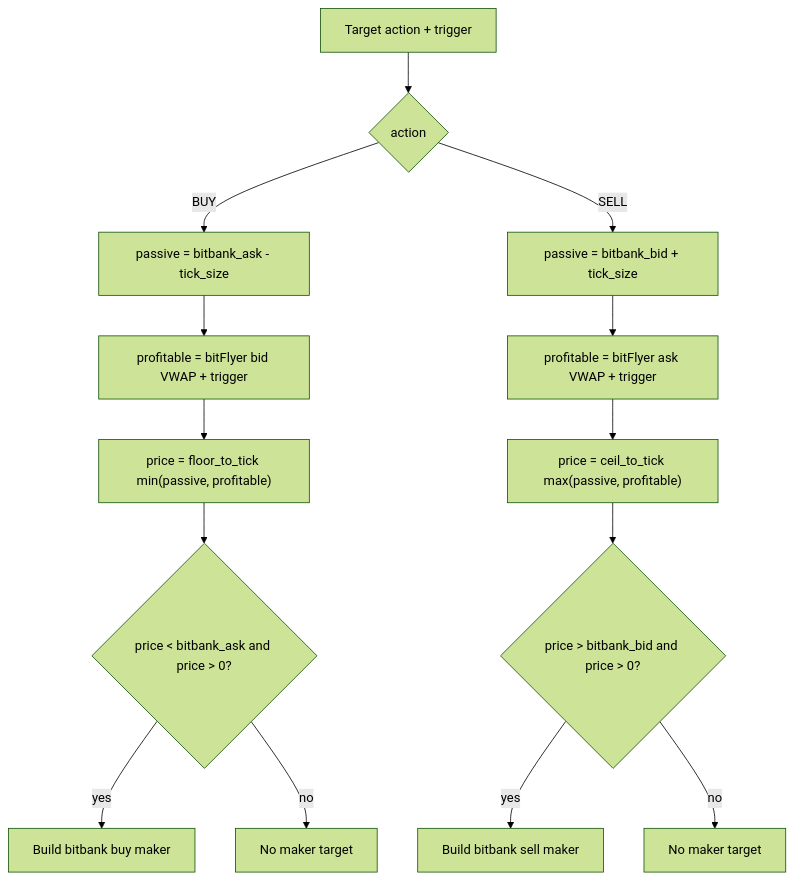
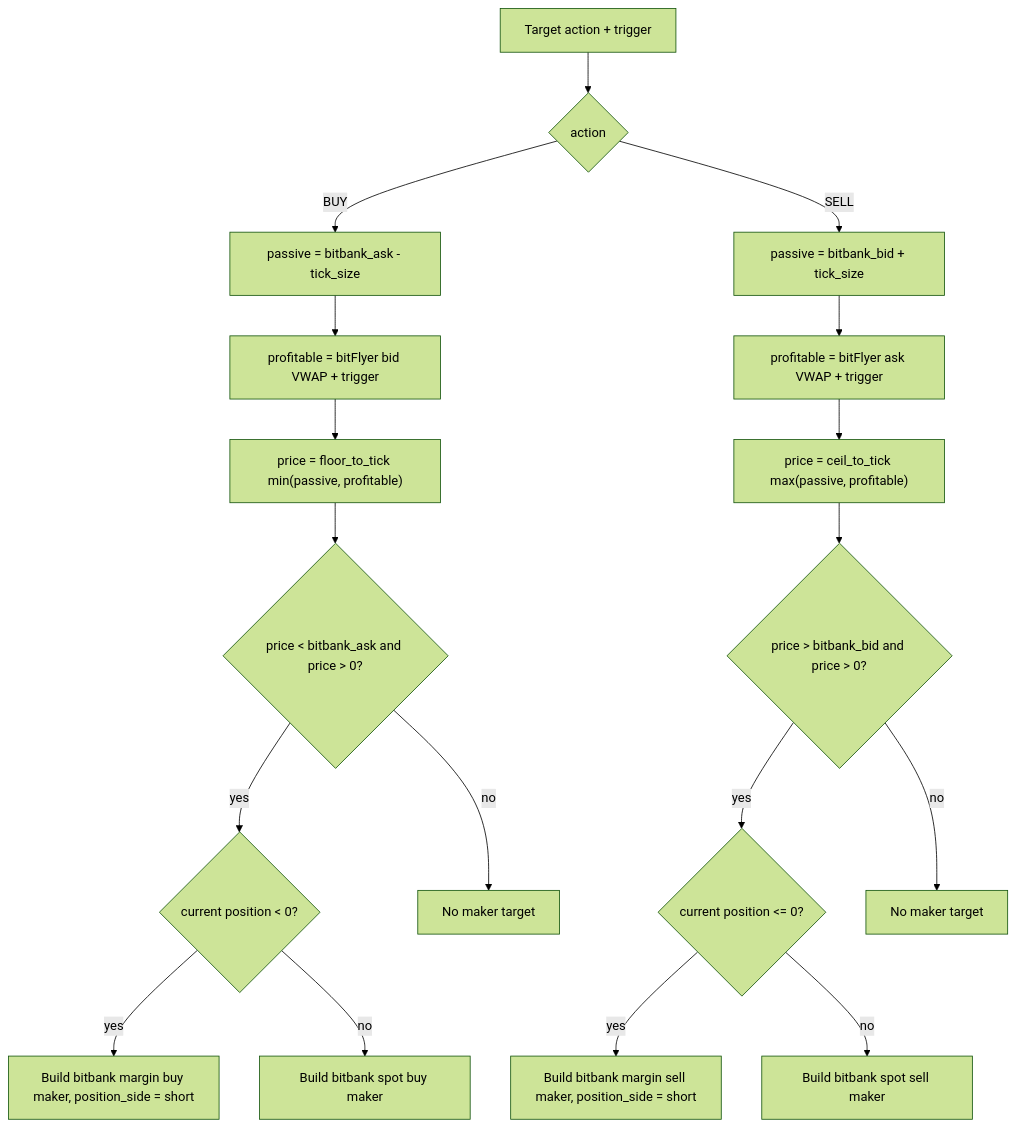
Before and after one commit to 00ken00/vibe_bot: the third of 7 diagrams in src/vibe_bot/trades/flowchart.md, drawn with Mermaid (forest theme). The commit also changed other lines of this file and 2 other files, not shown here.

Commit message:
Update short

````diff
--- a/src/vibe_bot/trades/flowchart.md
+++ b/src/vibe_bot/trades/flowchart.md
@@ -60,18 +60,22 @@
 ```mermaid
 flowchart TD
     T[Target action + trigger] --> A{action}
 
     A -- BUY --> BP[passive = bitbank_ask - tick_size]
     BP --> BPROF[profitable = bitFlyer bid VWAP + trigger]
     BPROF --> BPRICE["price = floor_to_tick min(passive, profitable)"]
     BPRICE --> BVALID{"price < bitbank_ask and price > 0?"}
-    BVALID -- yes --> BMAKER[Build bitbank buy maker]
+    BVALID -- yes --> BPOS{"current position < 0?"}
+    BPOS -- yes --> BCMARGIN["Build bitbank margin buy maker, position_side = short"]
+    BPOS -- no --> BCSPOT[Build bitbank spot buy maker]
     BVALID -- no --> NONEB[No maker target]
 
     A -- SELL --> SP[passive = bitbank_bid + tick_size]
     SP --> SPROF[profitable = bitFlyer ask VWAP + trigger]
     SPROF --> SPRICE["price = ceil_to_tick max(passive, profitable)"]
     SPRICE --> SVALID{"price > bitbank_bid and price > 0?"}
-    SVALID -- yes --> SMAKER[Build bitbank sell maker]
+    SVALID -- yes --> SPOS{"current position <= 0?"}
+    SPOS -- yes --> SMARGIN["Build bitbank margin sell maker, position_side = short"]
+    SPOS -- no --> SSSPOT[Build bitbank spot sell maker]
     SVALID -- no --> NONES[No maker target]
 ```
````
